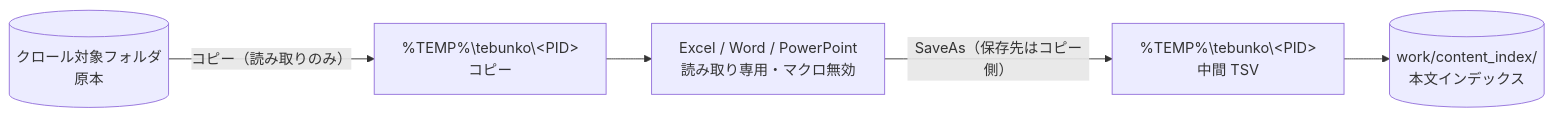
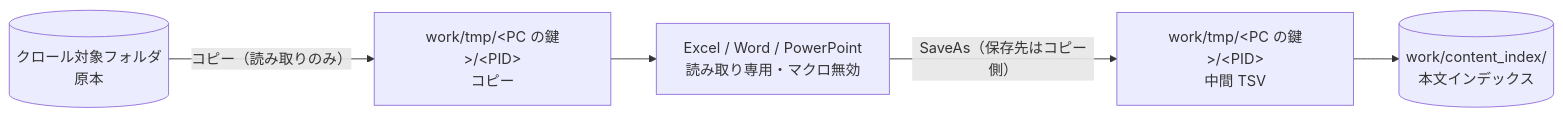
One commit to hsgwa/tebunko changed the diagram in docs/safety/file-access.md. Above: the diagram before and after it, drawn with Mermaid. The commit also changed other lines of this file and 24 other files, not shown here.

````diff
--- a/docs/safety/file-access.md
+++ b/docs/safety/file-access.md
@@ -42,13 +42,13 @@
 ```mermaid
 flowchart LR
     src[("クロール対象フォルダ<br>原本")]
-    copy["%TEMP%\tebunko\#lt;PID#gt;<br>コピー"]
+    copy["work/tmp/#lt;PC の鍵#gt;/#lt;PID#gt;<br>コピー"]
     office["Excel / Word / PowerPoint<br>読み取り専用・マクロ無効"]
-    tsv["%TEMP%\tebunko\#lt;PID#gt;<br>中間 TSV"]
+    tsv["work/tmp/#lt;PC の鍵#gt;/#lt;PID#gt;<br>中間 TSV"]
     idx[("work/content_index/<br>本文インデックス")]
 
     src -- "コピー（読み取りのみ）" --> copy
     copy --> office
     office -- "SaveAs（保存先はコピー側）" --> tsv
     tsv --> idx
 ```
````
